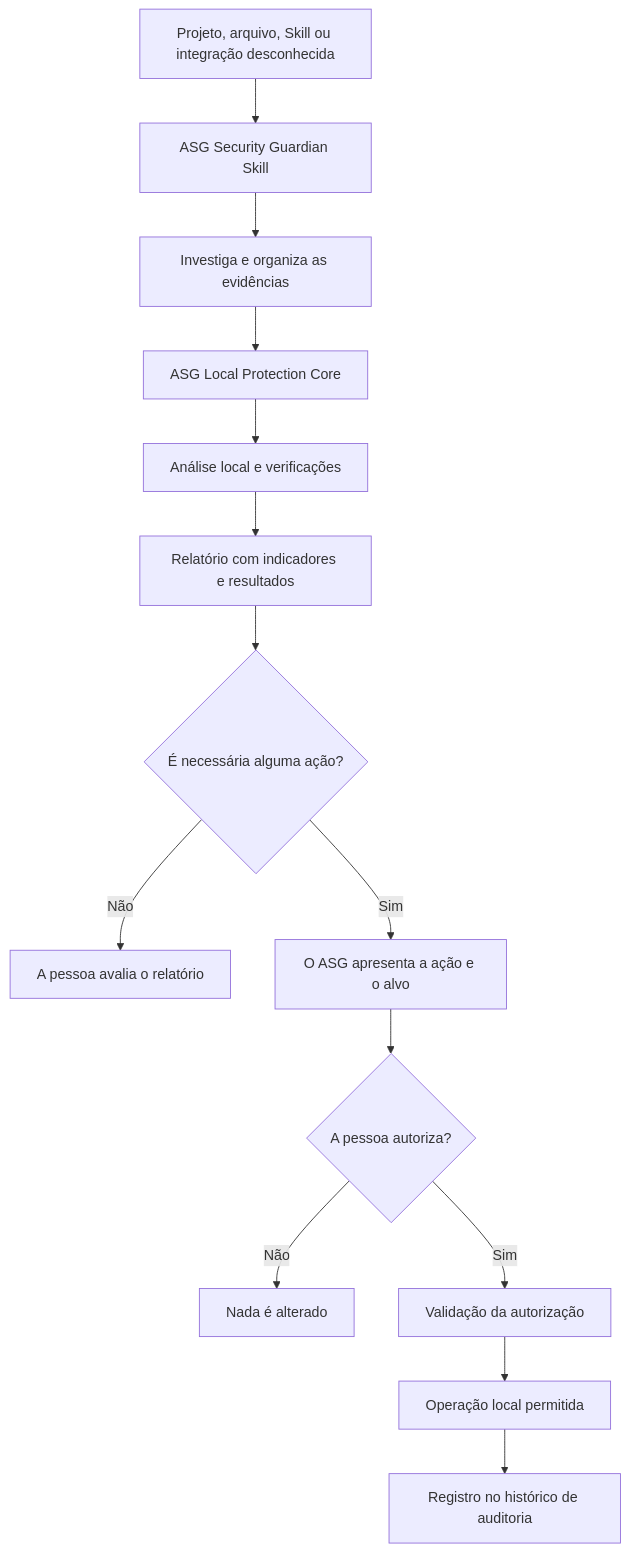
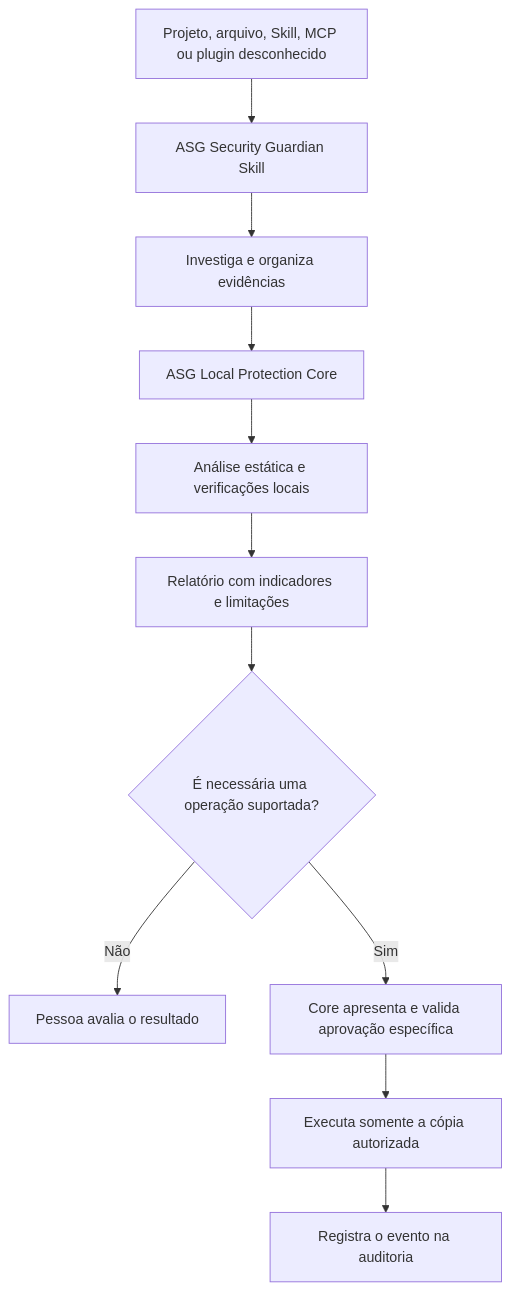
The diagram in README.md (carlos-dataengineer/asg-security-guardian), drawn with Mermaid before and after one commit. The commit also changed other lines of this file and 11 other files, not shown here.

Commit message:
feat: publish ASG MVP 0.2.1 source, skill, installers and docs

````diff
--- a/README.md
+++ b/README.md
@@ -35,16 +34,13 @@
 ```mermaid
 flowchart TD
-    A["Projeto, arquivo, Skill ou integração desconhecida"] --> B["ASG Security Guardian Skill"]
-    B --> C["Investiga e organiza as evidências"]
+    A["Projeto, arquivo, Skill, MCP ou plugin desconhecido"] --> B["ASG Security Guardian Skill"]
+    B --> C["Investiga e organiza evidências"]
     C --> D["ASG Local Protection Core"]
-    D --> E["Análise local e verificações"]
-    E --> F["Relatório com indicadores e resultados"]
-    F --> G{"É necessária alguma ação?"}
-    G -- "Não" --> H["A pessoa avalia o relatório"]
-    G -- "Sim" --> I["O ASG apresenta a ação e o alvo"]
-    I --> J{"A pessoa autoriza?"}
-    J -- "Não" --> K["Nada é alterado"]
-    J -- "Sim" --> L["Validação da autorização"]
-    L --> M["Operação local permitida"]
-    M --> N["Registro no histórico de auditoria"]
+    D --> E["Análise estática e verificações locais"]
+    E --> F["Relatório com indicadores e limitações"]
+    F --> G{"É necessária uma operação suportada?"}
+    G -- "Não" --> H["Pessoa avalia o resultado"]
+    G -- "Sim" --> I["Core apresenta e valida aprovação específica"]
+    I --> J["Executa somente a cópia autorizada"]
+    J --> K["Registra o evento na auditoria"]
 ```
````
